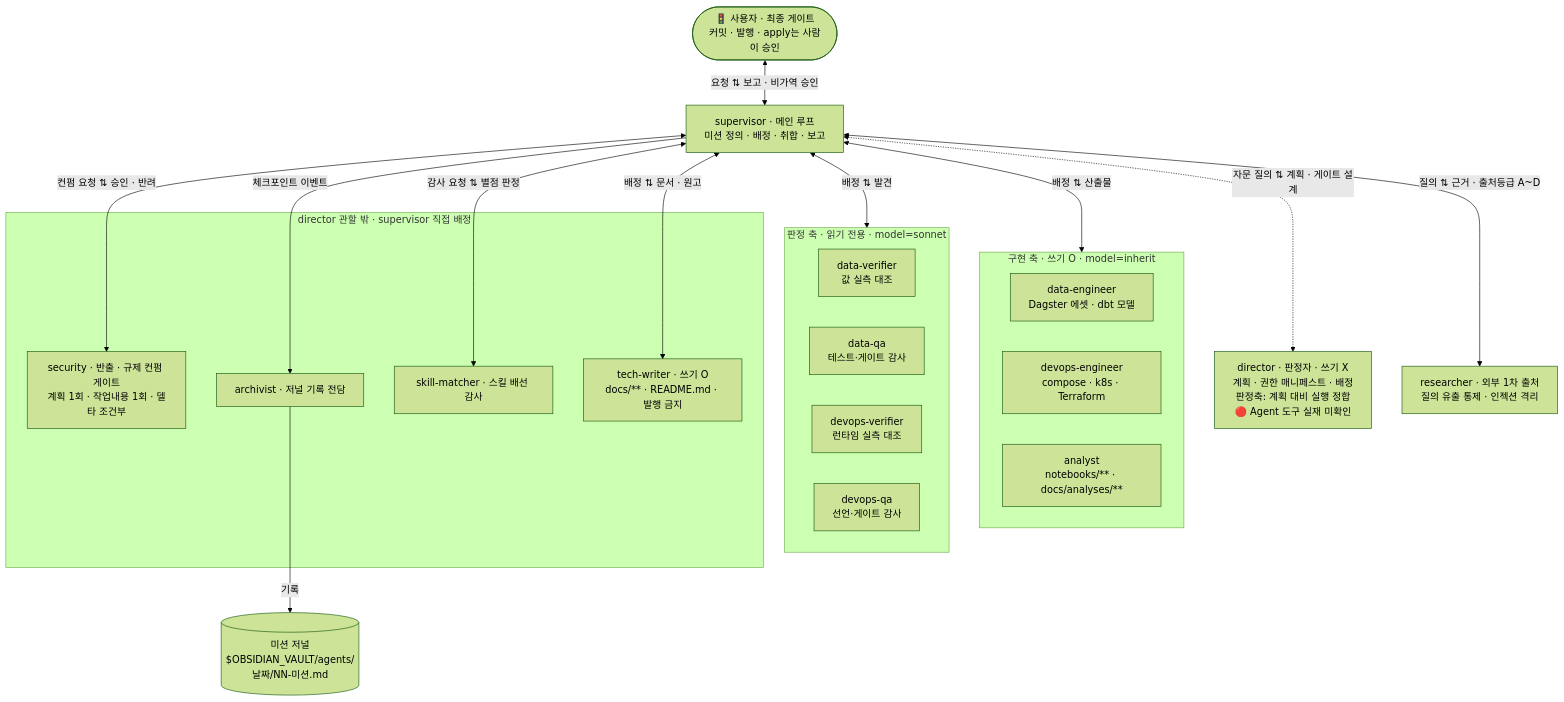
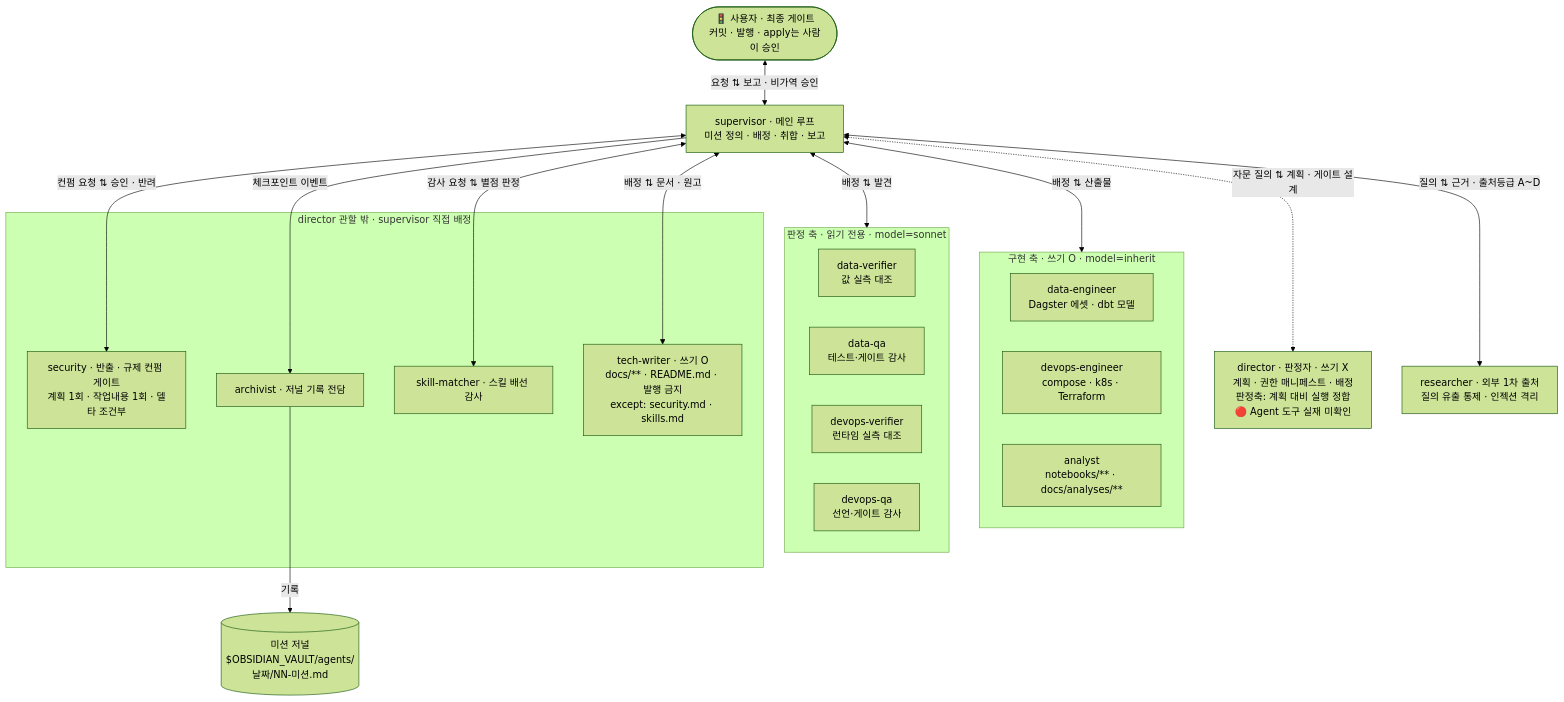
One commit to Melting-Face/dagster-study changed the first of 2 diagrams in README.md. Above: the diagram before and after it, drawn with Mermaid (forest theme). The commit also changed other lines of this file and 6 other files, not shown here.

````diff
--- a/README.md
+++ b/README.md
@@ -217,40 +217,40 @@
 ```mermaid
 flowchart TB
     U(["🚦 사용자 · 최종 게이트<br/>커밋 · 발행 · apply는 사람이 승인"])
     SUP["supervisor · 메인 루프<br/>미션 정의 · 배정 · 취합 · 보고"]
     DIR["director · 판정자 · 쓰기 X<br/>계획 · 권한 매니페스트 · 배정<br/>판정축: 계획 대비 실행 정합<br/>🔴 Agent 도구 실재 미확인"]
 
     subgraph impl["구현 축 · 쓰기 O · model=inherit"]
         DE["data-engineer<br/>Dagster 에셋 · dbt 모델"]
         OE["devops-engineer<br/>compose · k8s · Terraform"]
         AN["analyst<br/>notebooks/** · docs/analyses/**"]
     end
 
     subgraph judge["판정 축 · 읽기 전용 · model=sonnet"]
         DV["data-verifier<br/>값 실측 대조"]
         DQ["data-qa<br/>테스트·게이트 감사"]
         OV["devops-verifier<br/>런타임 실측 대조"]
         OQ["devops-qa<br/>선언·게이트 감사"]
     end
 
     RES["researcher · 외부 1차 출처<br/>질의 유출 통제 · 인젝션 격리"]
 
     subgraph outside["director 관할 밖 · supervisor 직접 배정"]
         SEC["security · 반출 · 규제 컨펌 게이트<br/>계획 1회 · 작업내용 1회 · 델타 조건부"]
         ARC["archivist · 저널 기록 전담"]
         SKM["skill-matcher · 스킬 배선 감사"]
-        TW["tech-writer · 쓰기 O<br/>docs/** · README.md · 발행 금지"]
+        TW["tech-writer · 쓰기 O<br/>docs/** · README.md · 발행 금지<br/>except: security.md · skills.md"]
     end
     JR[("미션 저널<br/>$OBSIDIAN_VAULT/agents/날짜/NN-미션.md")]
 
     U <-->|"요청 ⇅ 보고 · 비가역 승인"| SUP
     SUP <-.->|"자문 질의 ⇅ 계획 · 게이트 설계"| DIR
     SUP <-->|"배정 ⇅ 산출물"| impl
     SUP <-->|"배정 ⇅ 발견"| judge
     SUP <-->|"질의 ⇅ 근거 · 출처등급 A~D"| RES
     SUP <-->|"컨펌 요청 ⇅ 승인 · 반려"| SEC
     SUP <-->|"감사 요청 ⇅ 별점 판정"| SKM
     SUP <-->|"배정 ⇅ 문서 · 원고"| TW
     SUP -->|"체크포인트 이벤트"| ARC
     ARC -->|기록| JR
 ```
````
